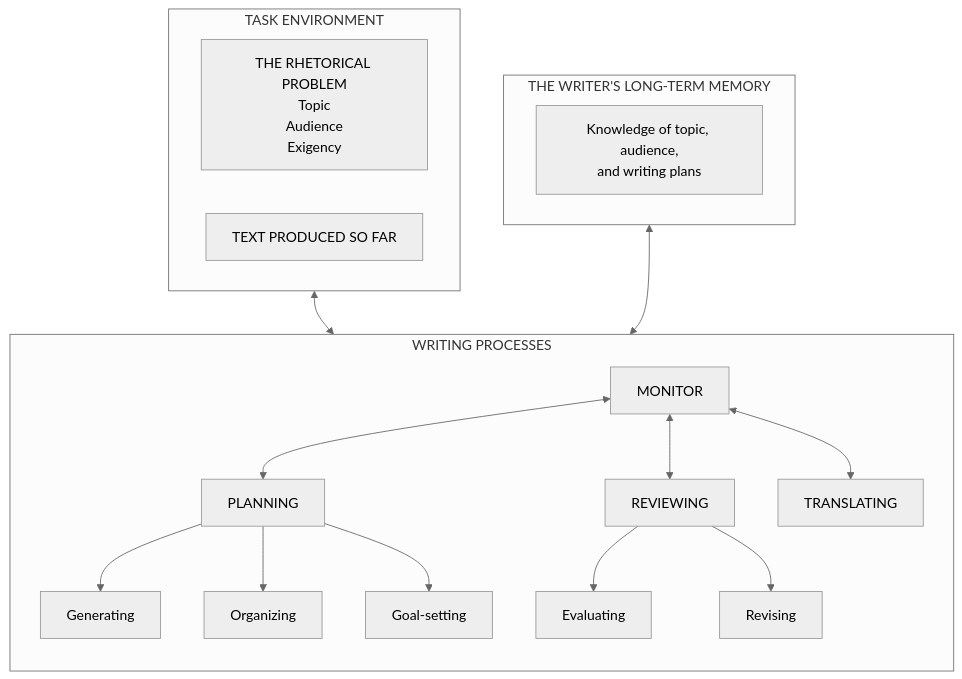
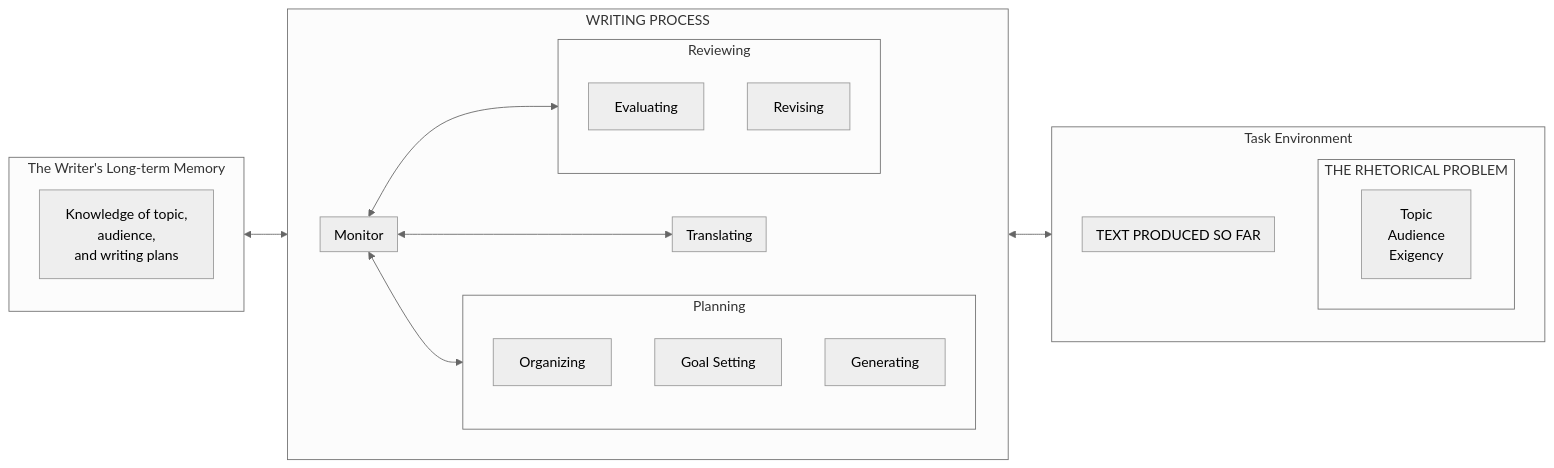
The diagram in docs/theory-mapping.md (shunk031/agentic-cognitive-writing), drawn with Mermaid (neutral theme) before and after one commit. The commit also changed other lines of this file and 2 other files, not shown here.

Commit message:
Fix documentation footnotes (#26)
* Enable footnotes in documentation

* Clarify theory mapping diagram

---------

````diff
--- a/docs/theory-mapping.md
+++ b/docs/theory-mapping.md
@@ -5,36 +7,45 @@
 ```mermaid
-flowchart TB
-    subgraph task["TASK ENVIRONMENT"]
-        problem["THE RHETORICAL PROBLEM<br/>Topic<br/>Audience<br/>Exigency"]
-        text["TEXT PRODUCED SO FAR"]
+flowchart LR
+    subgraph writers_longterm_memory["The Writer's Long-term Memory"]
+        box1["Knowledge of topic,<br>audience,<br>and writing plans"]
     end
 
-    subgraph memory["THE WRITER'S LONG-TERM MEMORY"]
-        knowledge["Knowledge of topic, audience,<br/>and writing plans"]
+    subgraph task_environment["Task Environment"]
+        subgraph the_rhetorical_problem["THE RHETORICAL PROBLEM"]
+            box2["Topic<br>Audience<br>Exigency"]
+        end
+
+        subgraph text_produced_so_far["TEXT PRODUCED SO FAR"]
+        end
     end
 
-    subgraph processes["WRITING PROCESSES"]
-        direction TB
-        planning["PLANNING"]
-        generating["Generating"]
-        organizing["Organizing"]
-        goalsetting["Goal-setting"]
-        translating["TRANSLATING"]
-        reviewing["REVIEWING"]
-        evaluating["Evaluating"]
-        revising["Revising"]
-        monitor["MONITOR"]
+    subgraph writing_process["WRITING PROCESS"]
+        direction LR
 
-        planning --> generating
-        planning --> organizing
-        planning --> goalsetting
-        reviewing --> evaluating
-        reviewing --> revising
-        monitor <--> planning
-        monitor <--> translating
-        monitor <--> reviewing
+        subgraph monitor["Monitor"]
+        end
+
+        subgraph planning["Planning"]
+            direction TB
+            organizing["Organizing"]
+            goal_setting["Goal Setting"]
+            generating["Generating"]
+        end
+
+        subgraph translating["Translating"]
+        end
+
+        subgraph reviewing["Reviewing"]
+            direction TB
+            evaluating["Evaluating"]
+            revising["Revising"]
+        end
     end
 
-    task <--> processes
-    memory <--> processes
+    writers_longterm_memory <--> writing_process
+    writing_process <--> task_environment
+
+    monitor <--> planning
+    monitor <--> translating
+    monitor <--> reviewing
 ```
````
